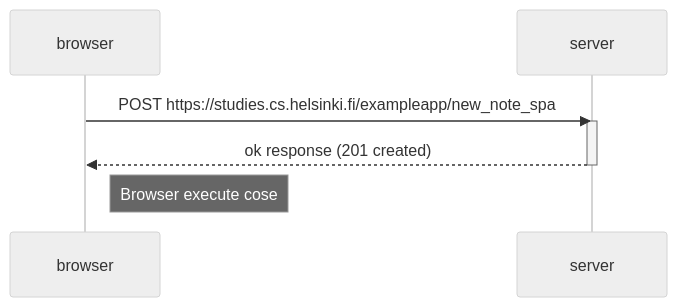
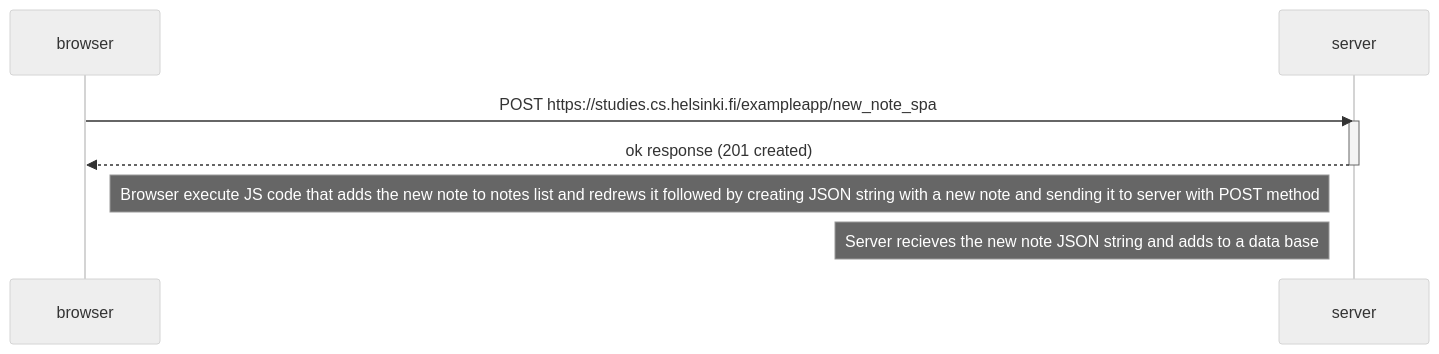
The diagram in part0/0.6: New note in Single page app diagram.md (itaminoko/fullstackopen-), drawn with Mermaid (neutral theme) before and after one commit.

Commit message:
Update 0.6: New note in Single page app diagram.md
sequence diagram for adding a new note in spa example app

````diff
--- a/part0/0.6: New note in Single page app diagram.md
+++ b/part0/0.6: New note in Single page app diagram.md
@@ -1,16 +1,16 @@
 ```mermaid
 
 
 sequenceDiagram
 
   participant browser 
   participant server
 
   browser->>server: POST https://studies.cs.helsinki.fi/exampleapp/new_note_spa
   activate server
   server-->>browser: ok response (201 created)
   deactivate server 
 
-  Note right of browser: Browser execute cose 
-
+  Note right of browser: Browser execute JS code that adds the new note to notes list and redrews it followed by creating JSON string with a new note and sending it to server with POST method
+  Note left of server: Server recieves the new note JSON string and adds to a data base 
 ```
````
